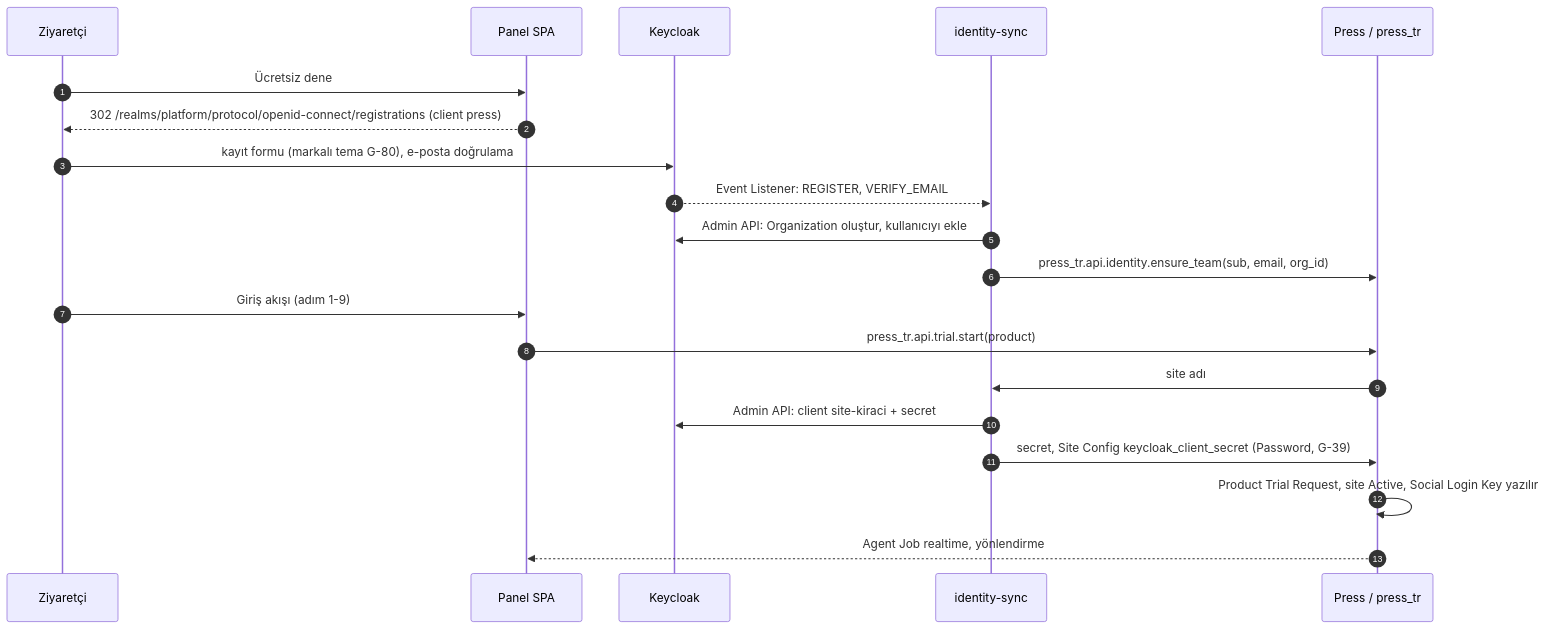
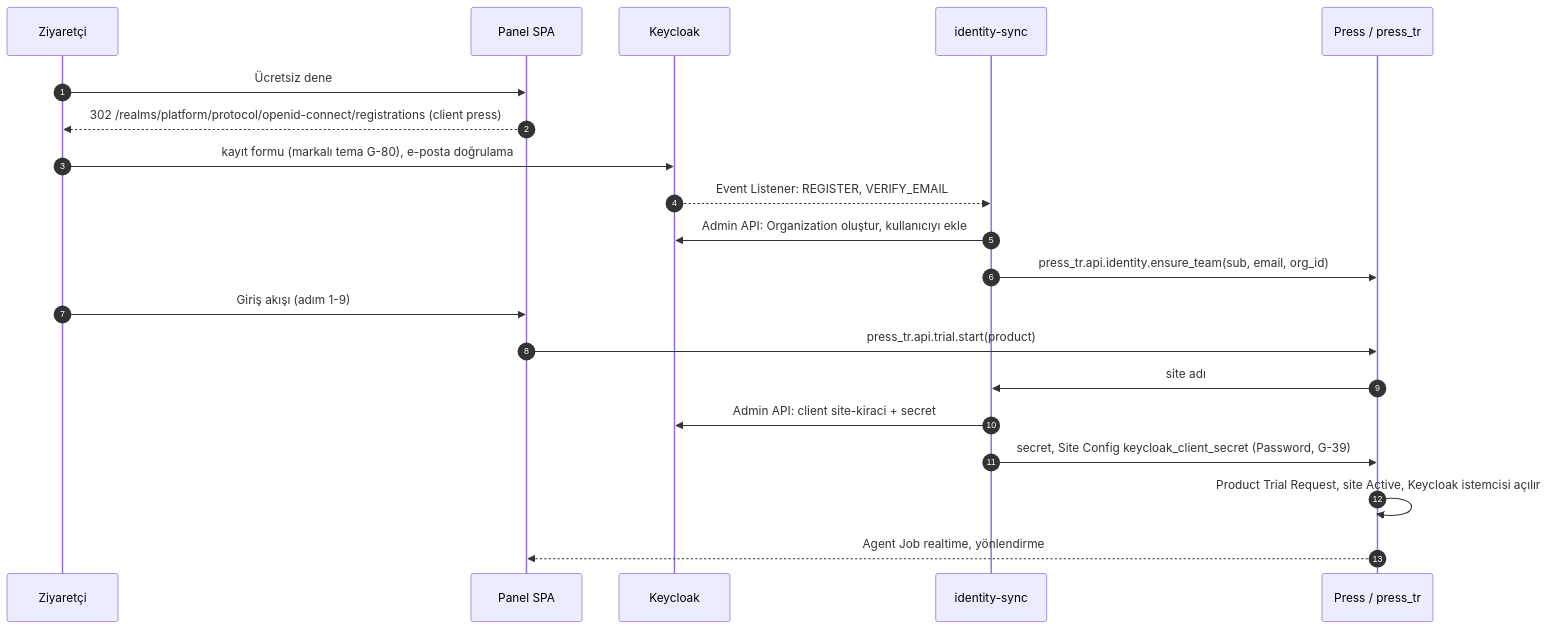
The second of 3 diagrams in src/content/docs/rail-4-keycloak.md (karacaismail/frappesetup), drawn with Mermaid before and after one commit. The commit also changed other lines of this file and 21 other files, not shown here.

````diff
--- a/src/content/docs/rail-4-keycloak.md
+++ b/src/content/docs/rail-4-keycloak.md
@@ -81,22 +81,22 @@
 ```mermaid
 sequenceDiagram
   autonumber
   participant U as Ziyaretçi
   participant P as Panel SPA
   participant K as Keycloak
   participant IS as identity-sync
   participant PR as Press / press_tr
   U->>P: Ücretsiz dene
   P-->>U: 302 /realms/platform/protocol/openid-connect/registrations (client press)
   U->>K: kayıt formu (markalı tema G-80), e-posta doğrulama
   K-->>IS: Event Listener: REGISTER, VERIFY_EMAIL
   IS->>K: Admin API: Organization oluştur, kullanıcıyı ekle
   IS->>PR: press_tr.api.identity.ensure_team(sub, email, org_id)
   U->>P: Giriş akışı (adım 1-9)
   P->>PR: press_tr.api.trial.start(product)
   PR->>IS: site adı
   IS->>K: Admin API: client site-kiraci + secret
   IS->>PR: secret, Site Config keycloak_client_secret (Password, G-39)
-  PR->>PR: Product Trial Request, site Active, Social Login Key yazılır
+  PR->>PR: Product Trial Request, site Active, Keycloak istemcisi açılır
   PR-->>P: Agent Job realtime, yönlendirme
 ```
````
